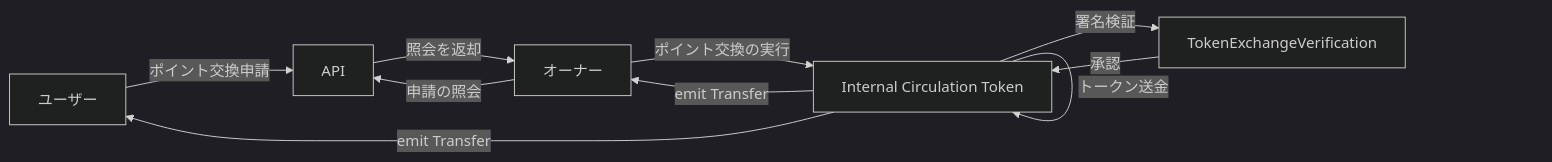
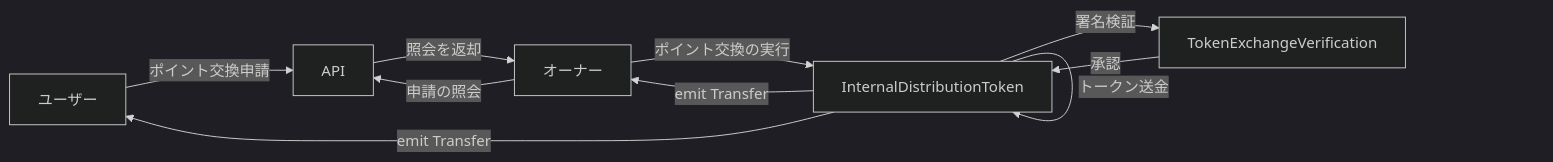
The diagram in docs/flowchart/relationship-of-signature-processing.mmd (godappslab/internal-distribution-token), drawn with Mermaid (dark theme) before and after one commit. The commit also changed 3 other files, not shown here.

Commit message:
Change to "Internal Distribution Token"

```diff
--- a/docs/flowchart/relationship-of-signature-processing.mmd
+++ b/docs/flowchart/relationship-of-signature-processing.mmd
@@ -1,10 +1,10 @@
 graph LR
 user[ユーザー] -- ポイント交換申請 -->  api[API]
 owner[オーナー] --申請の照会 -->api
 api -- 照会を返却 --> owner
-owner -- ポイント交換の実行 --> token[Internal Circulation Token]
+owner -- ポイント交換の実行 --> token[InternalDistributionToken]
 token-- 署名検証 --> eip712sig[TokenExchangeVerification]
 token-- トークン送金 --> token
 eip712sig -- 承認 --> token
 token -- emit Transfer --> owner
 token -- emit Transfer --> user
```
